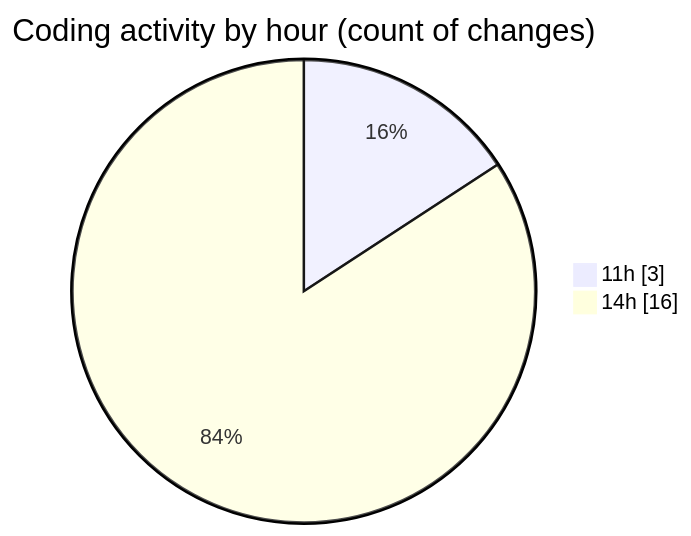
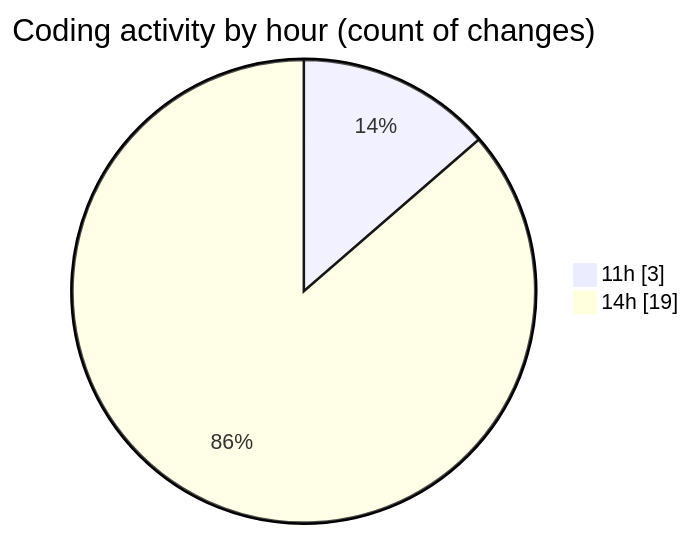
Before and after one commit to charlie-sans/code-tracking: the second of 2 diagrams in 2025-04-30/masm-lsp/README.md, drawn with Mermaid. The commit also changed other lines of this file and 1 other file, not shown here.

````diff
--- a/2025-04-30/masm-lsp/README.md
+++ b/2025-04-30/masm-lsp/README.md
@@ -31,6 +31,6 @@
 ```mermaid
 pie showData
 title Coding activity by hour (count of changes)
 "11h" : 3
-"14h" : 16
+"14h" : 19
 ```
````
